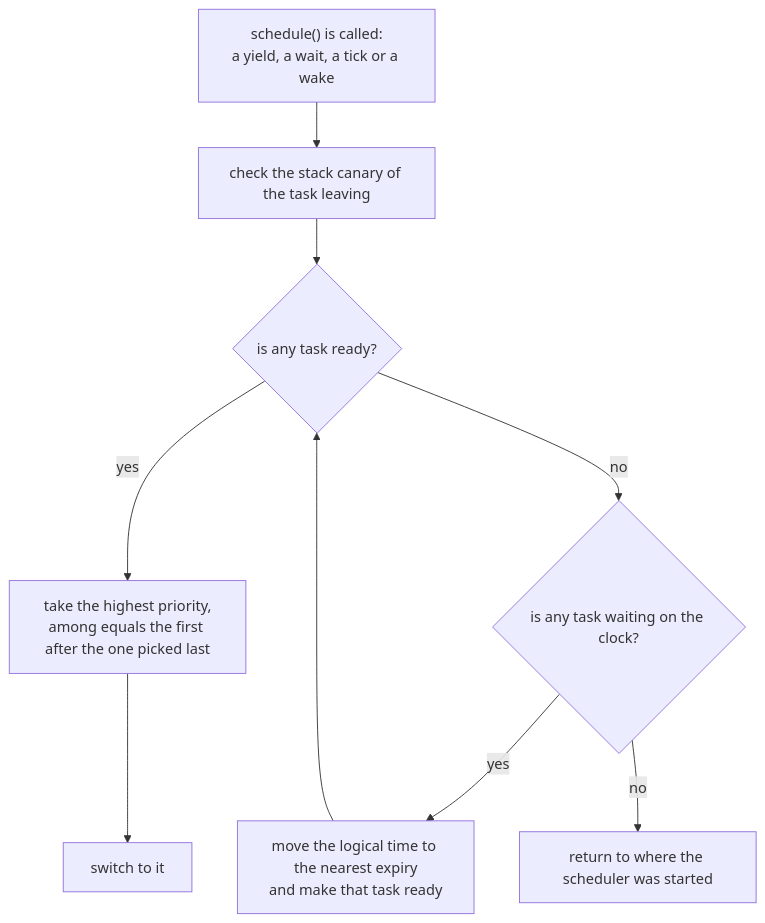
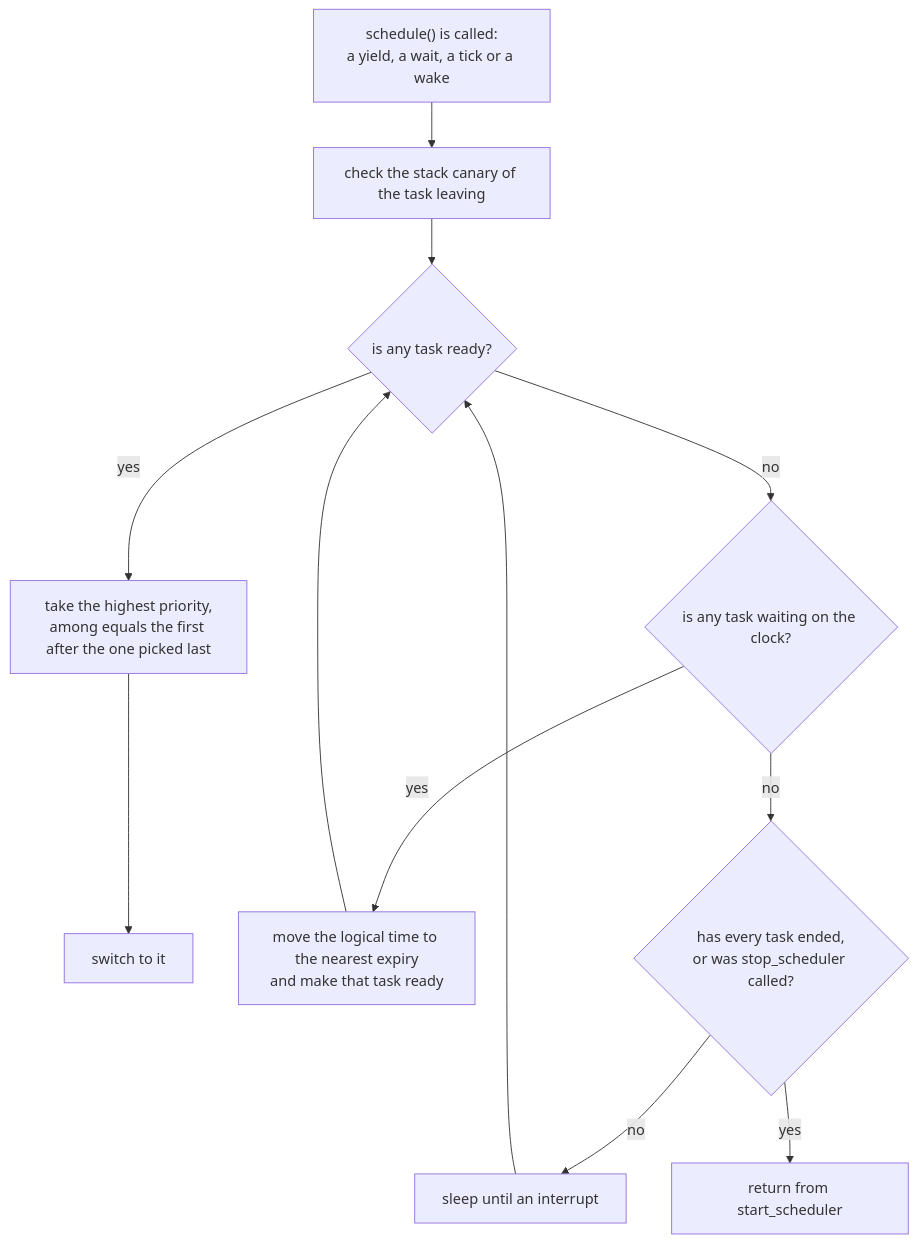
Before and after one commit to kansosystem-org/kspl-experimental: the third of 7 diagrams in ksos/docs/DESIGN-rtos.md, drawn with Mermaid. The commit also changed other lines of this file and 784 other files, not shown here.

````diff
--- a/ksos/docs/DESIGN-rtos.md
+++ b/ksos/docs/DESIGN-rtos.md
@@ -84,11 +90,14 @@
 ```mermaid
 flowchart TD
     A["schedule() is called:<br/>a yield, a wait, a tick or a wake"] --> B[check the stack canary of the task leaving]
     B --> C{is any task ready?}
     C -->|yes| D["take the highest priority,<br/>among equals the first after the one picked last"]
     D --> E[switch to it]
     C -->|no| F{is any task waiting on the clock?}
     F -->|yes| G[move the logical time to the nearest expiry<br/>and make that task ready]
     G --> C
-    F -->|no| H[return to where the scheduler was started]
+    F -->|no| H{has every task ended,<br/>or was stop_scheduler called?}
+    H -->|no| I[sleep until an interrupt]
+    I --> C
+    H -->|yes| J[return from start_scheduler]
 ```
````
